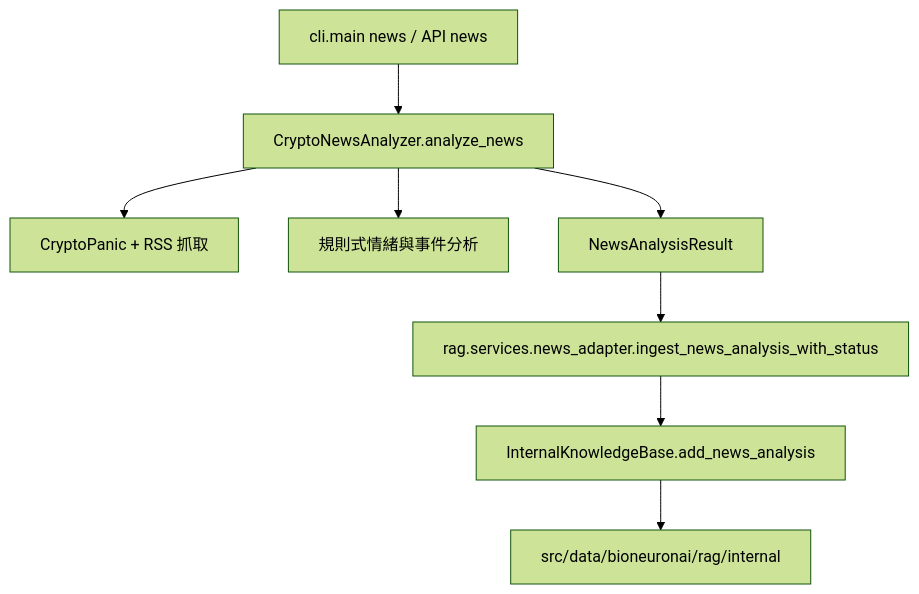
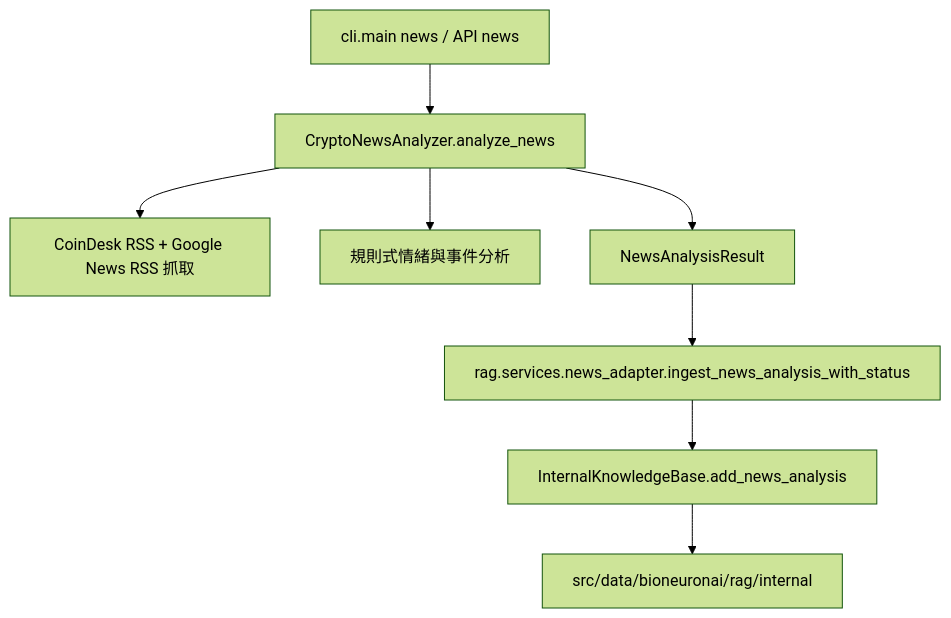
Before and after one commit to kyle0527/BioNeuronai: the sixth of 8 diagrams in docs/PROJECT_HANDOVER_MAP.md, drawn with Mermaid (forest theme). The commit also changed 237 other files, not shown here.

````diff
--- a/docs/PROJECT_HANDOVER_MAP.md
+++ b/docs/PROJECT_HANDOVER_MAP.md
@@ -301,10 +301,10 @@
 ```mermaid
 flowchart TD
     NEWSCMD[cli.main news / API news] --> CNA[CryptoNewsAnalyzer.analyze_news]
-    CNA --> FETCH[CryptoPanic + RSS 抓取]
+    CNA --> FETCH[CoinDesk RSS + Google News RSS 抓取]
     CNA --> SENTIMENT[規則式情緒與事件分析]
     CNA --> RESULT[NewsAnalysisResult]
     RESULT --> ADAPTER[rag.services.news_adapter.ingest_news_analysis_with_status]
     ADAPTER --> IKB[InternalKnowledgeBase.add_news_analysis]
     IKB --> STORE[src/data/bioneuronai/rag/internal]
 ```
````
